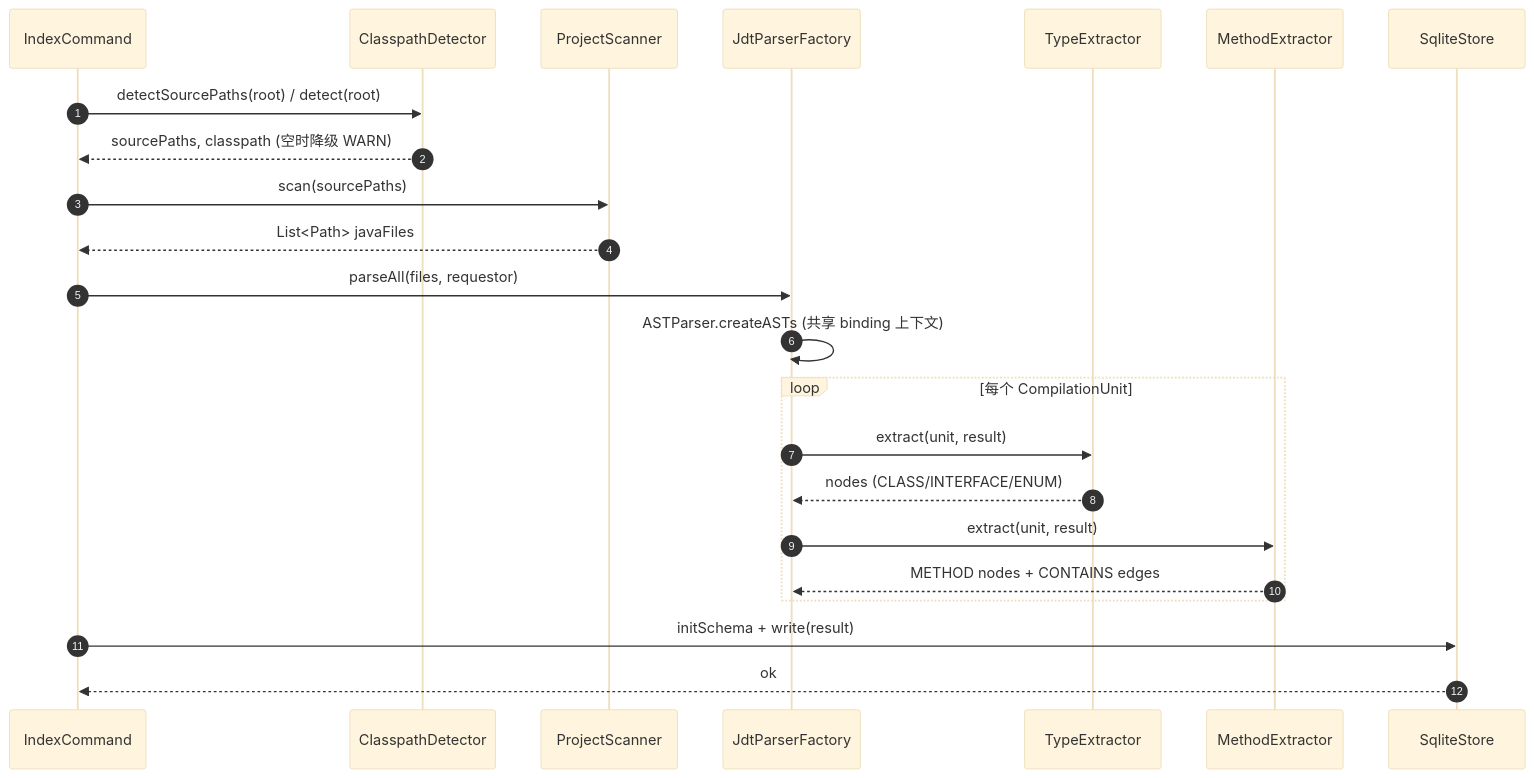
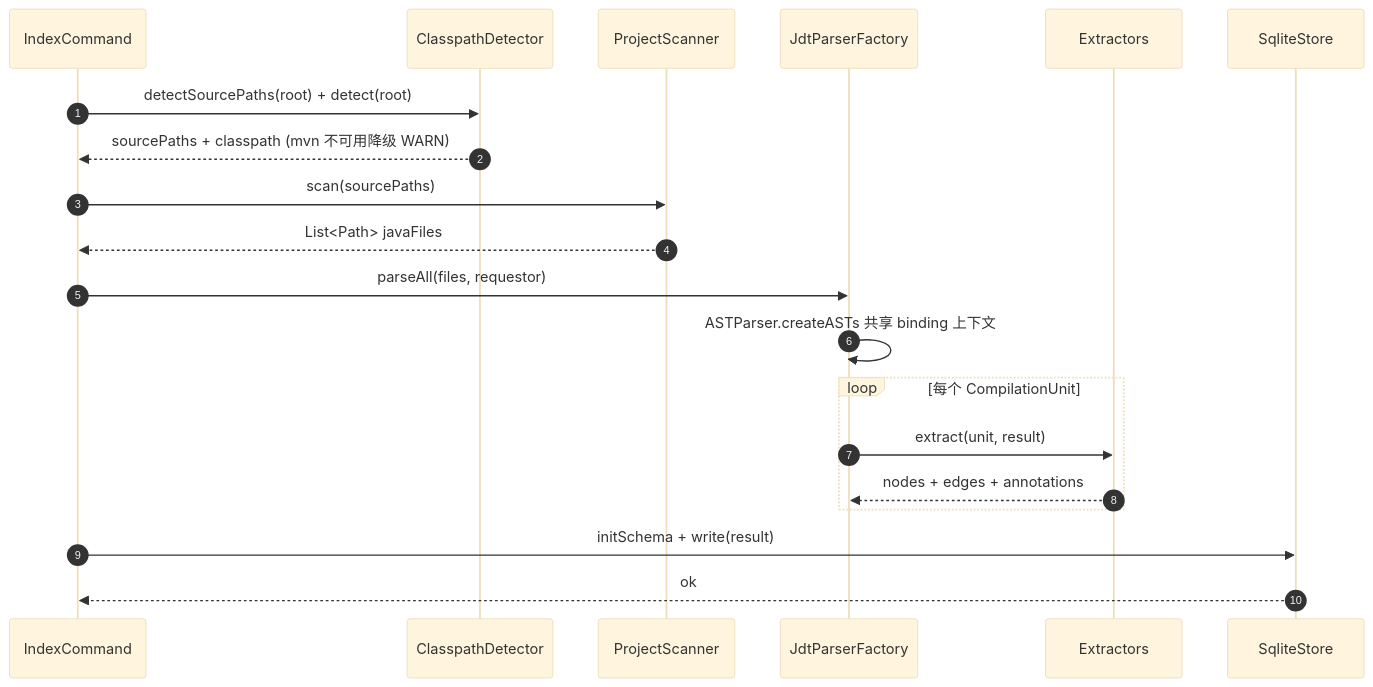
Before and after one commit to stream-iori/anatomist: the second of 4 diagrams in .diorama/knowledge/facts/domain-model.md, drawn with Mermaid (base theme). The commit also changed other lines of this file and 2 other files, not shown here.

````diff
--- a/.diorama/knowledge/facts/domain-model.md
+++ b/.diorama/knowledge/facts/domain-model.md
@@ -58,26 +106,23 @@
 ```mermaid
 sequenceDiagram
     autonumber
     participant CLI as IndexCommand
     participant CD as ClasspathDetector
     participant PS as ProjectScanner
     participant JF as JdtParserFactory
-    participant TE as TypeExtractor
-    participant ME as MethodExtractor
+    participant Ext as Extractors
     participant SS as SqliteStore
 
-    CLI->>CD: detectSourcePaths(root) / detect(root)
-    CD-->>CLI: sourcePaths, classpath (空时降级 WARN)
+    CLI->>CD: detectSourcePaths(root) + detect(root)
+    CD-->>CLI: sourcePaths + classpath (mvn 不可用降级 WARN)
     CLI->>PS: scan(sourcePaths)
     PS-->>CLI: List<Path> javaFiles
     CLI->>JF: parseAll(files, requestor)
-    JF->>JF: ASTParser.createASTs (共享 binding 上下文)
+    JF->>JF: ASTParser.createASTs 共享 binding 上下文
     loop 每个 CompilationUnit
-        JF->>TE: extract(unit, result)
-        TE-->>JF: nodes (CLASS/INTERFACE/ENUM)
-        JF->>ME: extract(unit, result)
-        ME-->>JF: METHOD nodes + CONTAINS edges
+        JF->>Ext: extract(unit, result)
+        Ext-->>JF: nodes + edges + annotations
     end
     CLI->>SS: initSchema + write(result)
     SS-->>CLI: ok
 ```
````
